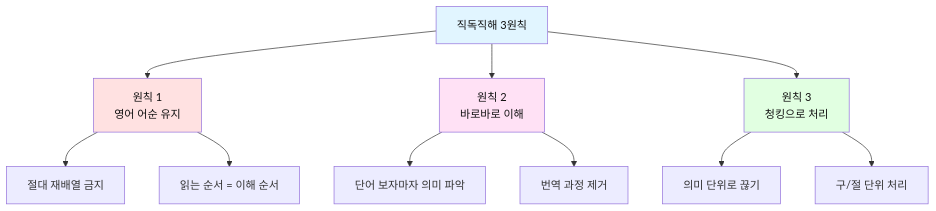
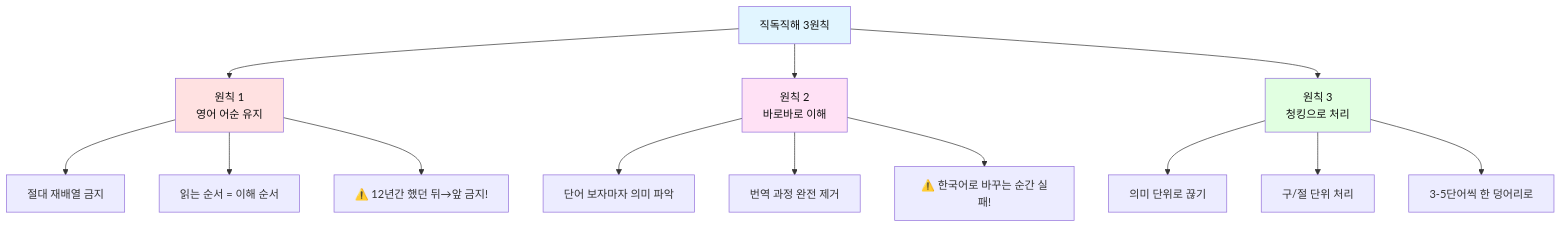
The second of 17 diagrams in 영어_독해/01_기초_독해_패턴.md (Collegenie-X/AI-English), drawn with Mermaid before and after one commit. The commit also changed other lines of this file and 26 other files, not shown here.

````diff
--- a/영어_독해/01_기초_독해_패턴.md
+++ b/영어_독해/01_기초_독해_패턴.md
@@ -36,20 +36,23 @@
 ```mermaid
 flowchart TD
     A[직독직해 3원칙] --> B[원칙 1<br/>영어 어순 유지]
     A --> C[원칙 2<br/>바로바로 이해]
     A --> D[원칙 3<br/>청킹으로 처리]
     
     B --> B1[절대 재배열 금지]
     B --> B2[읽는 순서 = 이해 순서]
+    B --> B3[⚠️ 12년간 했던 뒤→앞 금지!]
     
     C --> C1[단어 보자마자 의미 파악]
-    C --> C2[번역 과정 제거]
+    C --> C2[번역 과정 완전 제거]
+    C --> C3[⚠️ 한국어로 바꾸는 순간 실패!]
     
     D --> D1[의미 단위로 끊기]
     D --> D2[구/절 단위 처리]
+    D --> D3[3-5단어씩 한 덩어리로]
     
     style A fill:#e1f5ff,color:#111
     style B fill:#ffe1e1,color:#111
     style C fill:#ffe1f5,color:#111
     style D fill:#e1ffe1,color:#111
 ```
````
